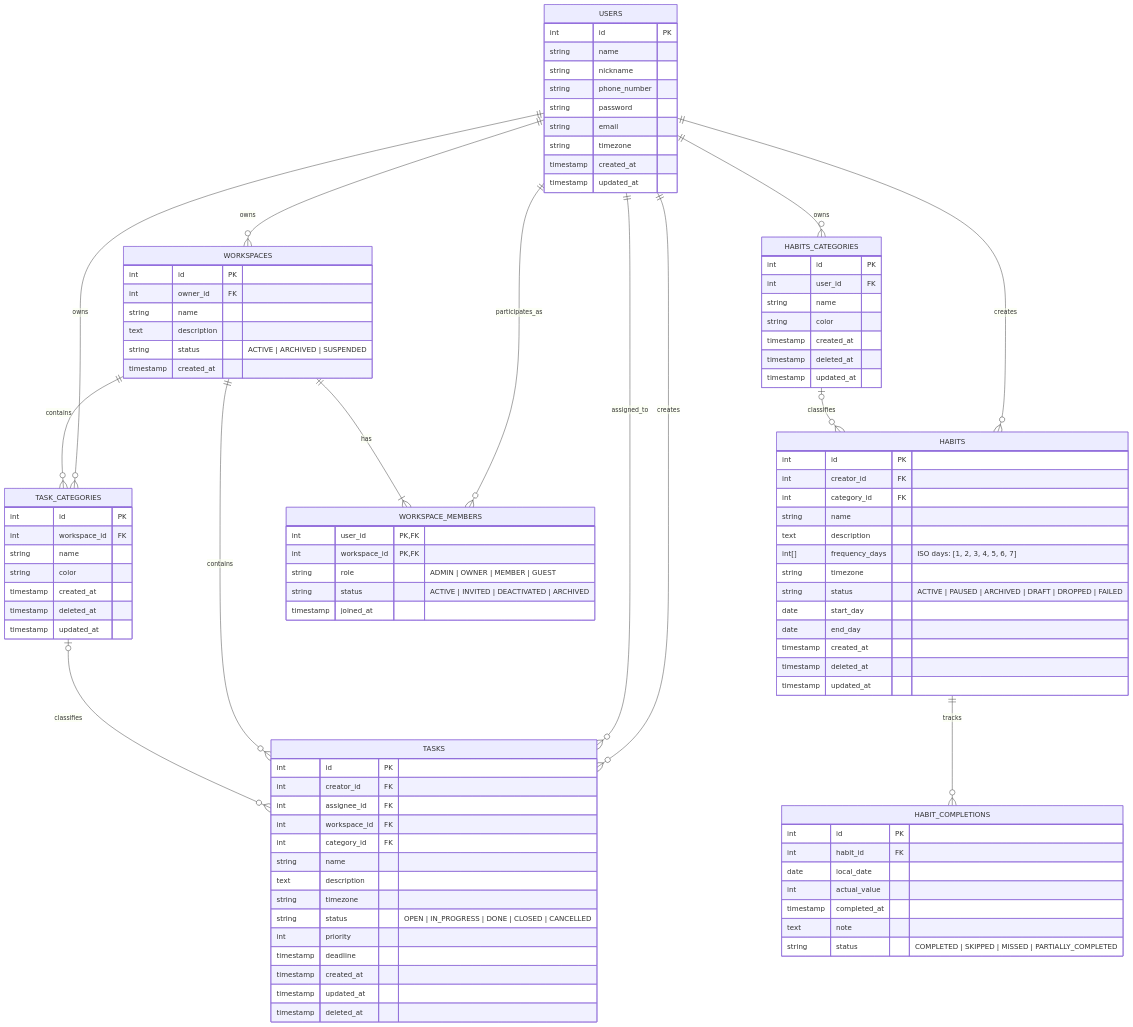
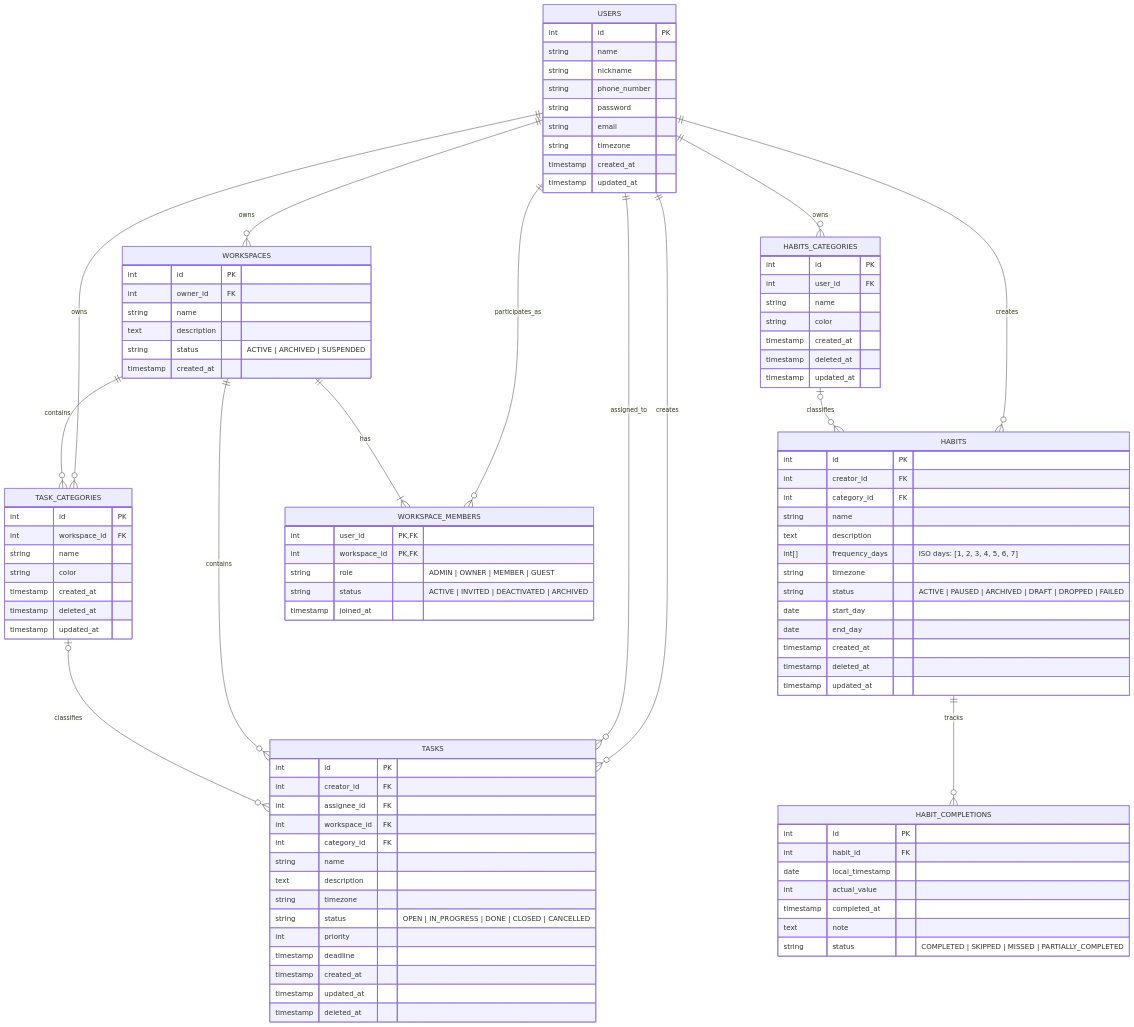
Before and after one commit to cyjiky/Trackly-db: the diagram in docs/diagramm.mmd, drawn with Mermaid. The commit also changed 2 other files, not shown here.

```diff
--- a/docs/diagramm.mmd
+++ b/docs/diagramm.mmd
@@ -1,108 +1,108 @@
 erDiagram
   USERS ||--o{ HABITS : "creates"
   USERS ||--o{ TASKS : "creates"
   USERS ||--o{ TASKS : "assigned_to"
   USERS ||--o{ WORKSPACES : "owns"
   USERS ||--o{ TASK_CATEGORIES : "owns"
   USERS ||--o{ HABITS_CATEGORIES : "owns"
   USERS ||--o{ WORKSPACE_MEMBERS : "participates_as"
 
   WORKSPACES ||--|{ WORKSPACE_MEMBERS : "has"
   WORKSPACES ||--o{ TASKS : "contains"
   WORKSPACES ||--o{ TASK_CATEGORIES : "contains"
 
   HABITS ||--o{ HABIT_COMPLETIONS : "tracks"
   TASK_CATEGORIES |o--o{ TASKS : "classifies"
   HABITS_CATEGORIES |o--o{ HABITS : "classifies"
 
   USERS {
     int id PK
     string name 
     string nickname
     string phone_number
     string password 
     string email 
     string timezone
     timestamp created_at
     timestamp updated_at
   }
 
   HABITS {
     int id PK
     int creator_id FK
     int category_id FK
     string name 
     text description
     int[] frequency_days "ISO days: [1, 2, 3, 4, 5, 6, 7]"
     string timezone
     string status "ACTIVE | PAUSED | ARCHIVED | DRAFT | DROPPED | FAILED"
     date start_day 
     date end_day 
     timestamp created_at
     timestamp deleted_at
     timestamp updated_at
   }
 
   HABIT_COMPLETIONS {
     int id PK
     int habit_id FK
-    date local_date
+    date local_timestamp
     int actual_value
     timestamp completed_at
     text note 
     string status "COMPLETED | SKIPPED | MISSED | PARTIALLY_COMPLETED"
   }
 
   TASKS {
     int id PK
     int creator_id FK
     int assignee_id FK
     int workspace_id FK
     int category_id FK
     string name
     text description
     string timezone
     string status "OPEN | IN_PROGRESS | DONE | CLOSED | CANCELLED"
     int priority
     timestamp deadline 
     timestamp created_at
     timestamp updated_at
     timestamp deleted_at 
   }
 
   TASK_CATEGORIES {
     int id PK
     int workspace_id FK
     string name
     string color
     timestamp created_at
     timestamp deleted_at
     timestamp updated_at
   }
 
   HABITS_CATEGORIES {
     int id PK
     int user_id FK
     string name
     string color
     timestamp created_at
     timestamp deleted_at
     timestamp updated_at
   }
 
   WORKSPACES {
     int id PK
     int owner_id FK
     string name 
     text description 
     string status "ACTIVE | ARCHIVED | SUSPENDED"
     timestamp created_at
   }
 
   WORKSPACE_MEMBERS {
     int user_id PK,FK
     int workspace_id PK,FK
     string role "ADMIN | OWNER | MEMBER | GUEST"
     string status "ACTIVE | INVITED | DEACTIVATED | ARCHIVED"
     timestamp joined_at
   }
```
